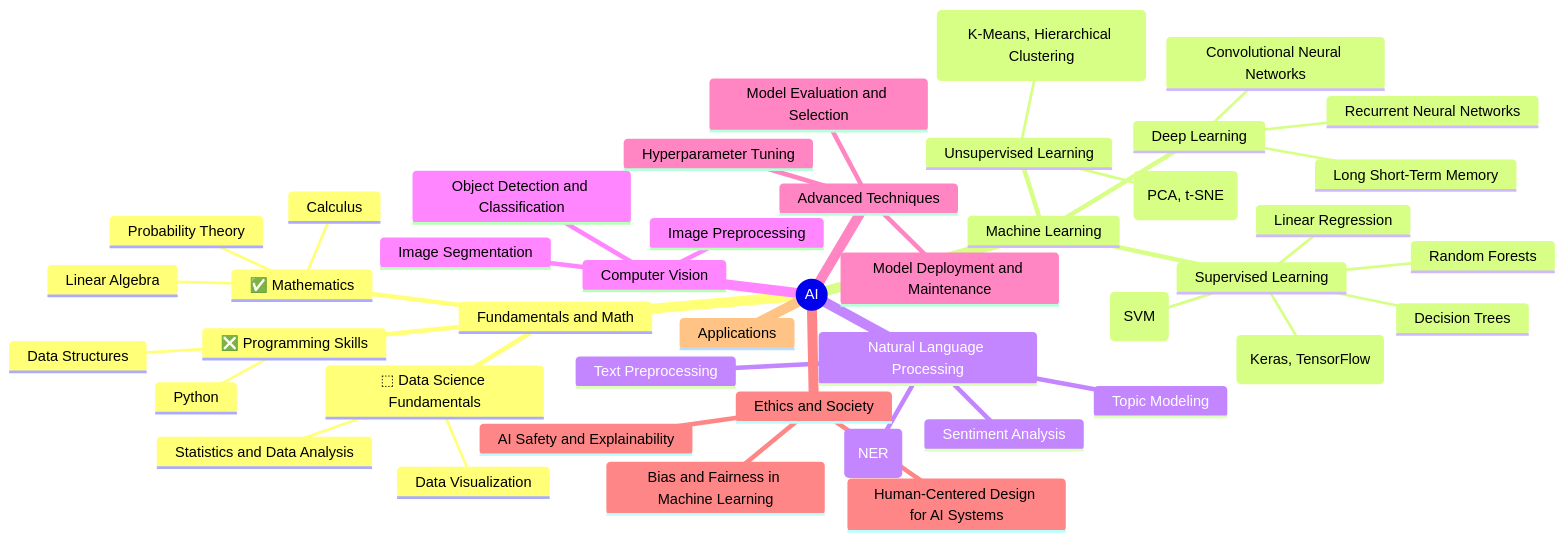
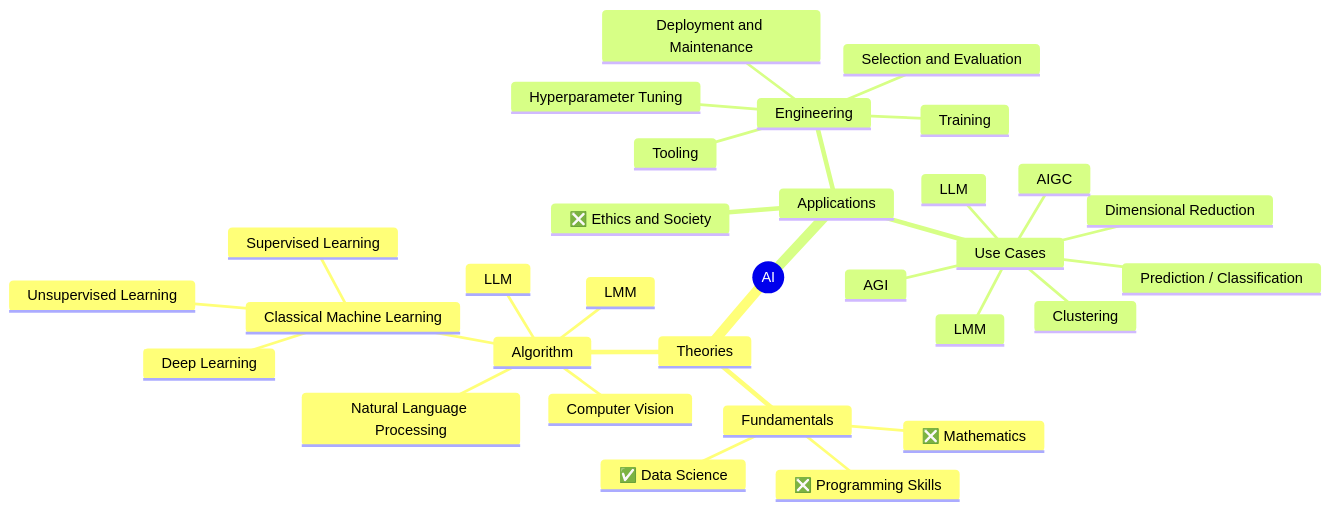
The diagram in mindmap.md (weirong2/ai-odyssey), drawn with Mermaid before and after one commit. The commit also changed other lines of this file, not shown here.

Commit message:
update mindmap

````diff
--- a/mindmap.md
+++ b/mindmap.md
@@ -1,47 +1,34 @@
 ```mermaid
 mindmap
   root((AI))
-    Fundamentals and Math
-      ✅ Mathematics
-        Linear Algebra
-        Calculus
-        Probability Theory
-      ❎ Programming Skills
-        Python
-        Data Structures
-      ⬚ Data Science Fundamentals
-        Statistics and Data Analysis
-        Data Visualization
-    Machine Learning
-      Supervised Learning
-        Linear Regression
-        Decision Trees
-        Random Forests
-        Support Vector Machines (SVM)
-        Neural Networks (Keras, TensorFlow)
-      Unsupervised Learning
-        Clustering (K-Means, Hierarchical Clustering)
-        Dimensionality Reduction (PCA, t-SNE)
-      Deep Learning
-        Convolutional Neural Networks
-        Recurrent Neural Networks
-        Long Short-Term Memory
-    Natural Language Processing
-      Text Preprocessing
-      Sentiment Analysis
-      Named Entity Recognition (NER)
-      Topic Modeling
-    Computer Vision
-      Image Preprocessing
-      Object Detection and Classification
-      Image Segmentation
-    Advanced Techniques
-      Model Evaluation and Selection
-      Hyperparameter Tuning
-      Model Deployment and Maintenance
-    Ethics and Society
-      AI Safety and Explainability
-      Bias and Fairness in Machine Learning
-      Human-Centered Design for AI Systems
+    Theories
+      Fundamentals
+        ❎ Mathematics
+        ❎ Programming Skills
+        ✅ Data Science
+      Algorithm
+        Classical Machine Learning
+          Supervised Learning
+          Unsupervised Learning
+          Deep Learning
+        Natural Language Processing
+        Computer Vision
+        LLM
+        LMM
     Applications
+      Use Cases
+        Prediction / Classification
+        Clustering
+        Dimensional Reduction
+        LLM
+        LMM
+        AIGC
+        AGI
+      Engineering
+        Tooling
+        Selection and Evaluation
+        Training
+        Hyperparameter Tuning
+        Deployment and Maintenance
+      ❎ Ethics and Society
 ```
````
